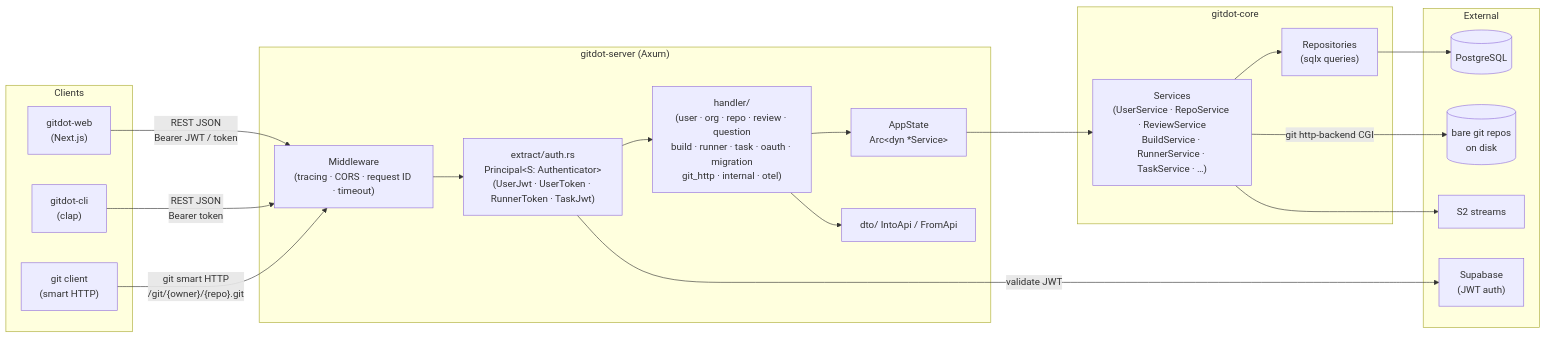
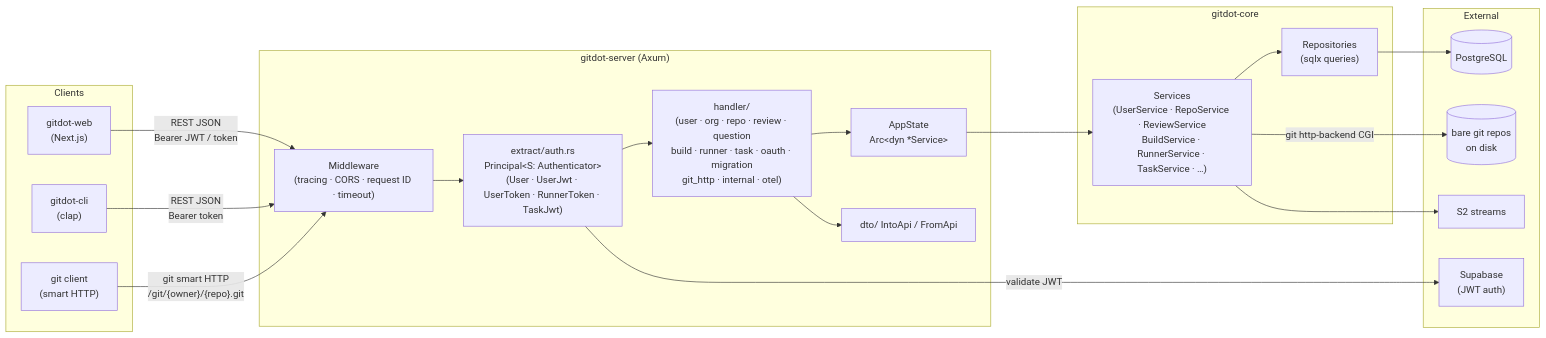
The diagram in gitdot-server/README.md (bkdevs/gitdot), drawn with Mermaid before and after one commit. The commit also changed other lines of this file and 7 other files, not shown here.

````diff
--- a/gitdot-server/README.md
+++ b/gitdot-server/README.md
@@ -5,43 +5,43 @@
 ```mermaid
 graph LR
     subgraph Clients
         WEB["gitdot-web\n(Next.js)"]
         CLI["gitdot-cli\n(clap)"]
         GIT["git client\n(smart HTTP)"]
     end
 
     subgraph gitdot-server["gitdot-server (Axum)"]
         MW["Middleware\n(tracing · CORS · request ID · timeout)"]
-        AUTH["extract/auth.rs\nPrincipal&lt;S: Authenticator&gt;\n(UserJwt · UserToken · RunnerToken · TaskJwt)"]
+        AUTH["extract/auth.rs\nPrincipal&lt;S: Authenticator&gt;\n(User · UserJwt · UserToken · RunnerToken · TaskJwt)"]
         HANDLER["handler/\n(user · org · repo · review · question\nbuild · runner · task · oauth · migration\ngit_http · internal · otel)"]
         DTO["dto/  IntoApi / FromApi"]
         STATE["AppState\nArc&lt;dyn *Service&gt;"]
     end
 
     subgraph gitdot-core["gitdot-core"]
         SVC["Services\n(UserService · RepoService · ReviewService\nBuildService · RunnerService · TaskService · …)"]
         REPO["Repositories\n(sqlx queries)"]
     end
 
     subgraph External
         PG[("PostgreSQL")]
         GIT_FS[("bare git repos\non disk")]
         SUPABASE["Supabase\n(JWT auth)"]
         S2["S2 streams"]
     end
 
     WEB -->|"REST JSON\nBearer JWT / token"| MW
     CLI -->|"REST JSON\nBearer token"| MW
     GIT -->|"git smart HTTP\n/git/{owner}/{repo}.git"| MW
 
     MW --> AUTH
     AUTH --> HANDLER
     HANDLER --> STATE
     HANDLER --> DTO
     STATE --> SVC
     SVC --> REPO
     REPO --> PG
     SVC -->|"git http-backend CGI"| GIT_FS
     SVC --> S2
     AUTH -->|"validate JWT"| SUPABASE
 ```
````
